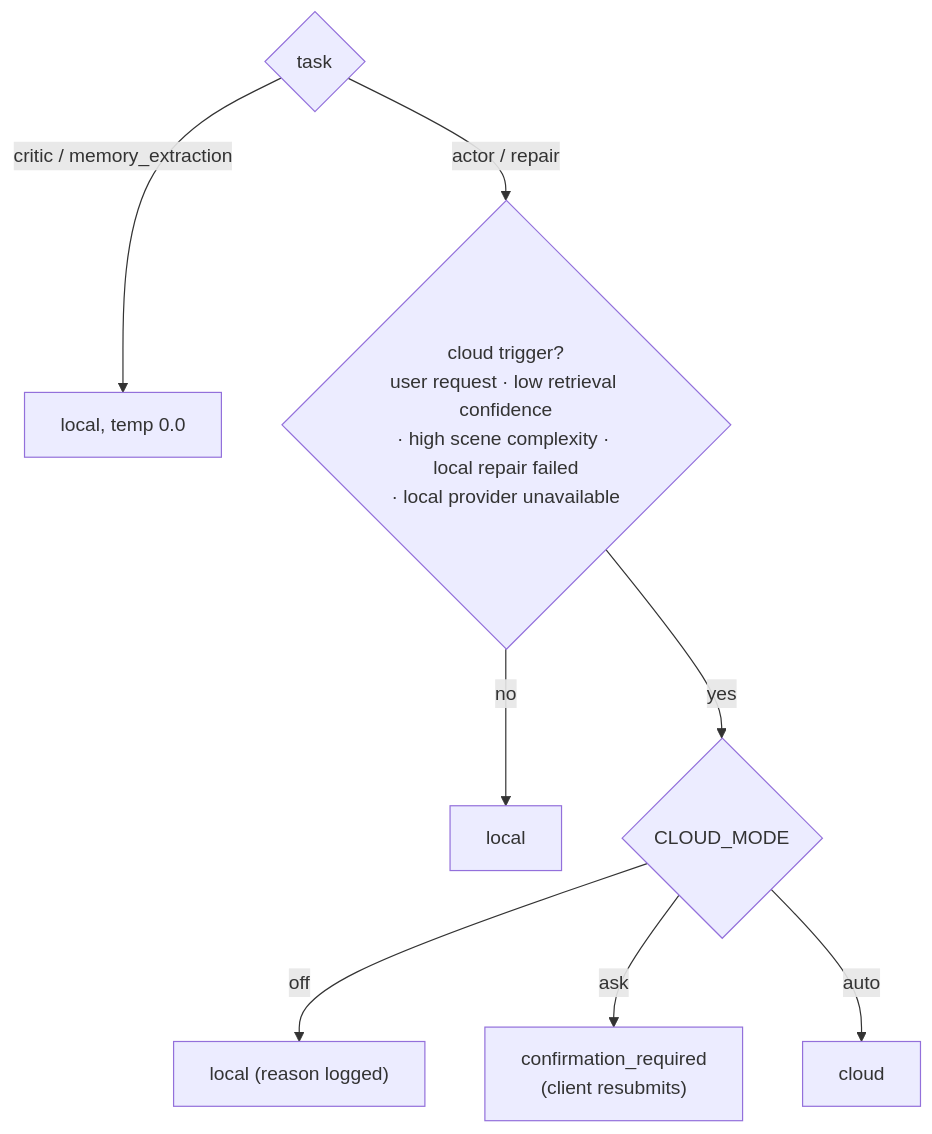
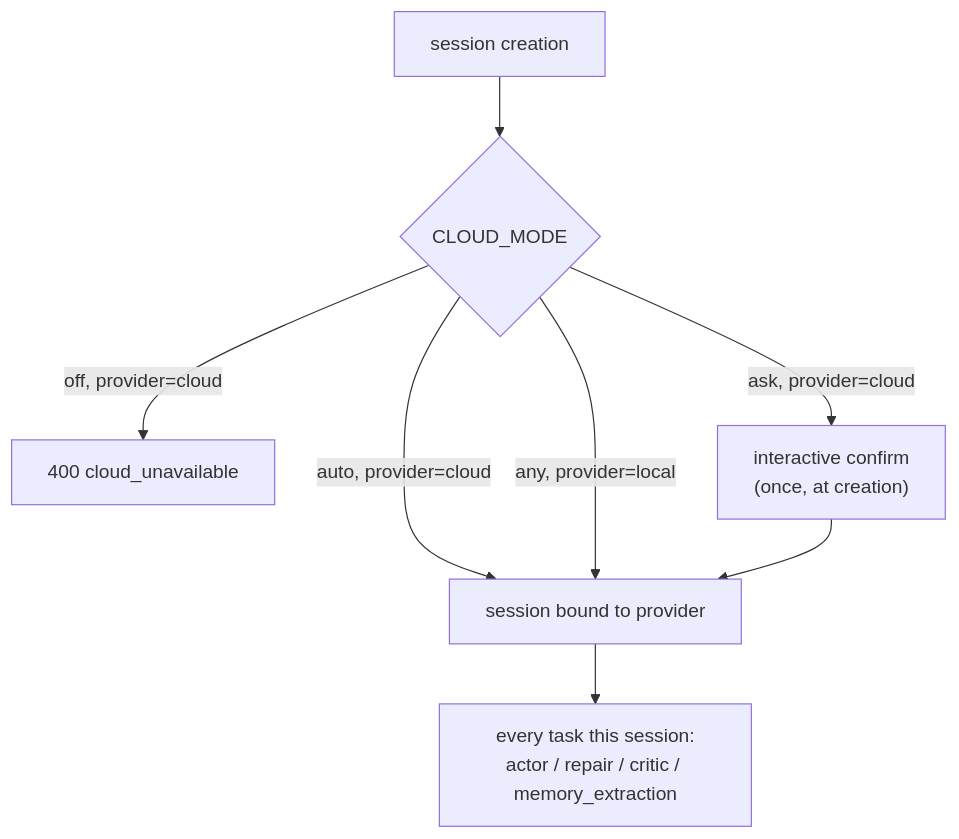
Before and after one commit to hofdo/RoleRAG_POC: the third of 3 diagrams in docs/README.md, drawn with Mermaid. The commit also changed other lines of this file and 5 other files, not shown here.

First line of the commit message:
docs: update remaining docs to session-bound provider model

````diff
--- a/docs/README.md
+++ b/docs/README.md
@@ -79,11 +81,10 @@
 ```mermaid
 flowchart TD
-    T{task}
-    T -->|critic / memory_extraction| L0["local, temp 0.0"]
-    T -->|actor / repair| E{"cloud trigger?<br/>user request · low retrieval confidence<br/>· high scene complexity · local repair failed<br/>· local provider unavailable"}
-    E -->|no| L1["local"]
-    E -->|yes| CM{CLOUD_MODE}
-    CM -->|off| L2["local (reason logged)"]
-    CM -->|ask| CFM["confirmation_required<br/>(client resubmits)"]
-    CM -->|auto| CL["cloud"]
+    SC[session creation] --> CM{CLOUD_MODE}
+    CM -->|off, provider=cloud| REJ["400 cloud_unavailable"]
+    CM -->|ask, provider=cloud| CONF["interactive confirm<br/>(once, at creation)"]
+    CM -->|auto, provider=cloud| BOUND
+    CM -->|any, provider=local| BOUND
+    CONF --> BOUND["session bound to provider"]
+    BOUND --> T["every task this session:<br/>actor / repair / critic / memory_extraction"]
 ```
````
